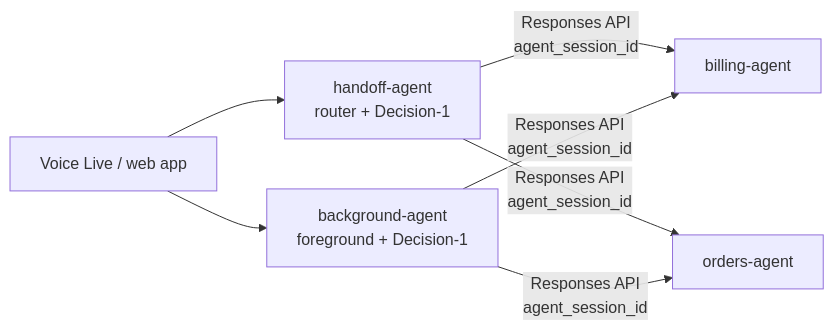
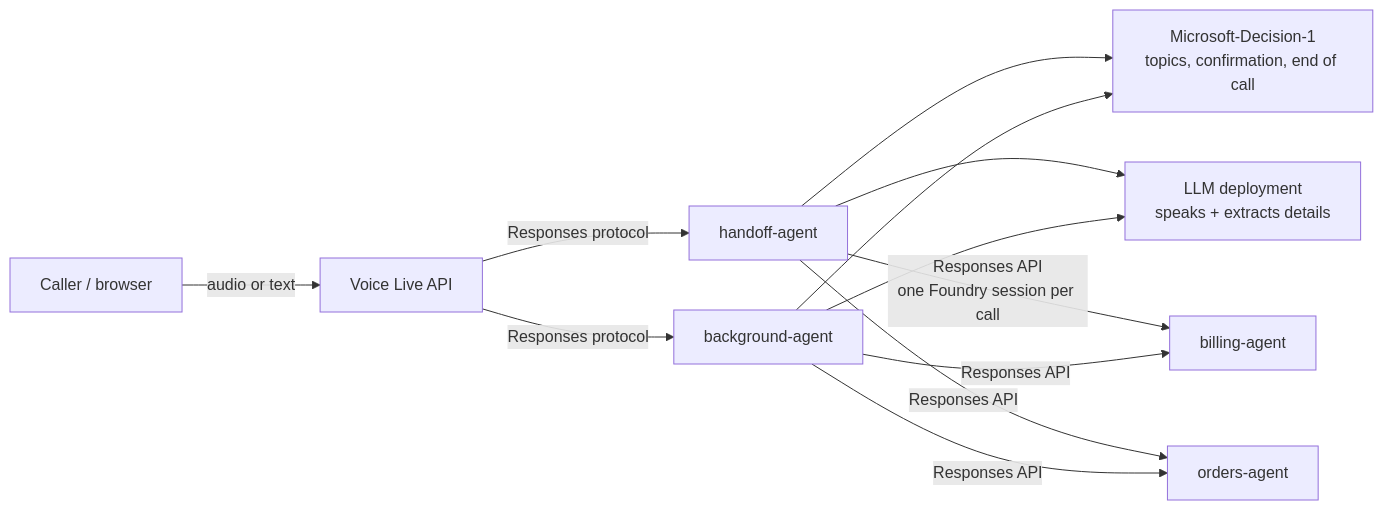
Before and after one commit to frsl92/hosted-agent-voice-orchestrator: the diagram in README.md, drawn with Mermaid. The commit also changed other lines of this file, not shown here.

First line of the commit message:
docs: rewrite README with architecture and step-by-step Azure deployment guide

````diff
--- a/README.md
+++ b/README.md
@@ -95,9 +27,12 @@
 ```mermaid
 flowchart LR
-  VL[Voice Live / web app] --> H[handoff-agent<br/>router + Decision-1]
-  VL --> G[background-agent<br/>foreground + Decision-1]
-  H -- Responses API<br/>agent_session_id --> B[billing-agent]
-  H -- Responses API<br/>agent_session_id --> O[orders-agent]
-  G -- Responses API<br/>agent_session_id --> B
-  G -- Responses API<br/>agent_session_id --> O
+  C[Caller / browser] -- audio or text --> VL[Voice Live API]
+  VL -- Responses protocol --> H[handoff-agent]
+  VL -- Responses protocol --> G[background-agent]
+  H & G --> D[Microsoft-Decision-1<br/>topics, confirmation, end of call]
+  H & G --> L[LLM deployment<br/>speaks + extracts details]
+  H -- Responses API<br/>one Foundry session per call --> B[billing-agent]
+  H -- Responses API --> O[orders-agent]
+  G -- Responses API --> B
+  G -- Responses API --> O
 ```
````
